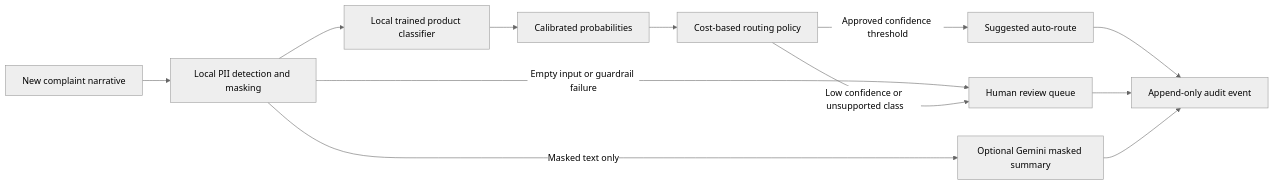
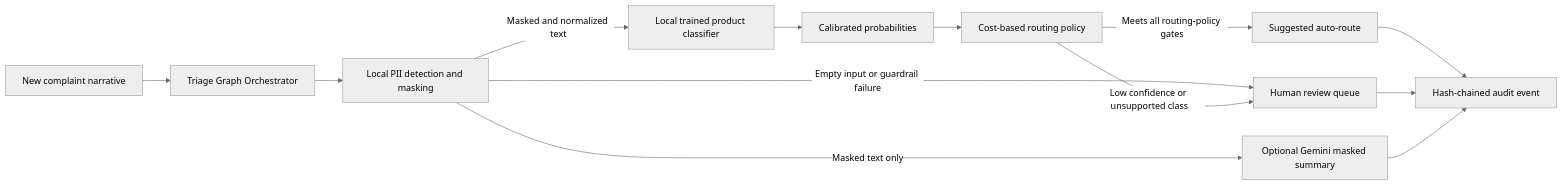
One commit to FilipePaco/pig_finserv changed the third of 4 diagrams in docs/architecture/architecture.md. Above: the diagram before and after it, drawn with Mermaid (neutral theme). The commit also changed other lines of this file and 7 other files, not shown here.

````diff
--- a/docs/architecture/architecture.md
+++ b/docs/architecture/architecture.md
@@ -100,22 +100,23 @@
 ```mermaid
 flowchart LR
     Input[New complaint narrative]
+    Orchestrator[Triage Graph Orchestrator]
     Mask[Local PII detection and masking]
     Classifier[Local trained product classifier]
     Calibrator[Calibrated probabilities]
     Policy[Cost-based routing policy]
     Summary[Optional Gemini masked summary]
-    Audit[Append-only audit event]
+    Audit[Hash-chained audit event]
     Auto[Suggested auto-route]
     Review[Human review queue]
 
-    Input --> Mask
+    Input --> Orchestrator --> Mask
     Mask -->|Empty input or guardrail failure| Review
-    Mask --> Classifier --> Calibrator --> Policy
-    Policy -->|Approved confidence threshold| Auto
+    Mask -->|Masked and normalized text| Classifier --> Calibrator --> Policy
+    Policy -->|Meets all routing-policy gates| Auto
     Policy -->|Low confidence or unsupported class| Review
     Mask -->|Masked text only| Summary
     Auto --> Audit
     Review --> Audit
     Summary --> Audit
 ```
````
